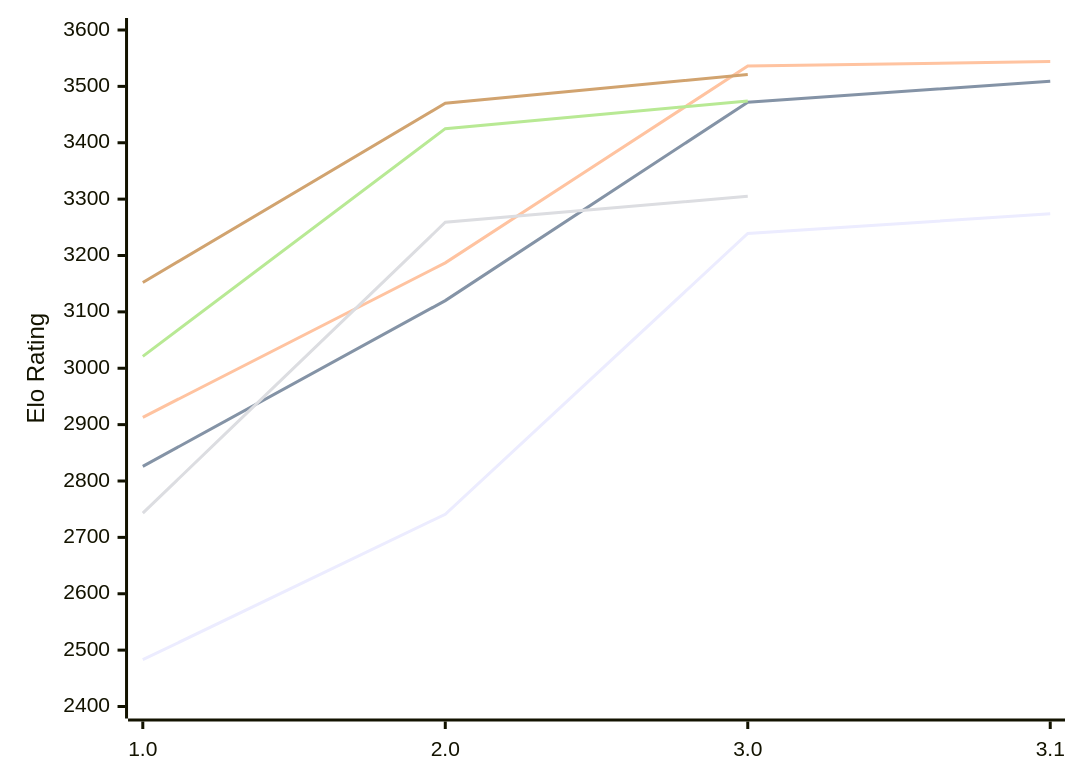
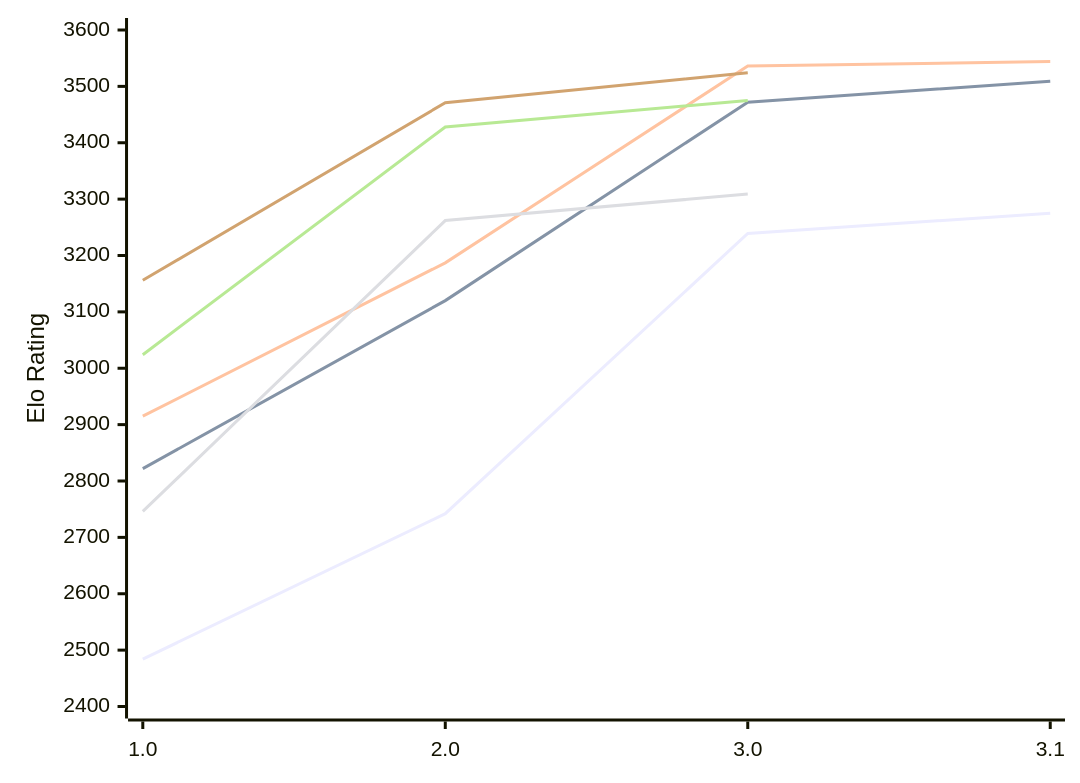
One commit to computer-chess-index/cci changed the diagram in engines/Funcomp.md. Above: the diagram before and after it, drawn with Mermaid. The commit also changed other lines of this file, not shown here.

Commit message:
Update CCI Ratings (ELO VLTC) - 2026-11-24

````diff
--- a/engines/Funcomp.md
+++ b/engines/Funcomp.md
@@ -52,12 +52,12 @@
 ```mermaid
 %%{init: {"theme":"base","themeVariables":{"seriesColors:['#a3a3a3','#222221','#faa371']}}}%%
 xychart-beta
   x-axis ["1.0", "2.0", "3.0", "3.1"]
   y-axis "Elo Rating" 2400 --> 3600
-  line "E1: STC (8.0+0.08s)" [2483, 2741, 3239, 3274]
-  line "E1: LTC (60.0+0.60s)" [2826, 3120, 3472, 3509]
-  line "E1: VLTC (2m24s+1.12s)" [2913, 3187, 3536, 3544]
-  line "P1: STC (8.0+0.08s)" [2743, 3259, 3305]
-  line "P1: LTC (60.0+0.60s)" [3021, 3425, 3474]
-  line "P1: VLTC (2m24s+1.12s)" [3152, 3470, 3521]
+  line "E1: STC (8.0+0.08s)" [2484, 2742, 3239, 3275]
+  line "E1: LTC (60.0+0.60s)" [2822, 3120, 3472, 3509]
+  line "E1: VLTC (2m24s+1.12s)" [2915, 3187, 3536, 3544]
+  line "P1: STC (8.0+0.08s)" [2746, 3262, 3309]
+  line "P1: LTC (60.0+0.60s)" [3024, 3428, 3475]
+  line "P1: VLTC (2m24s+1.12s)" [3156, 3471, 3524]
 ```
````
